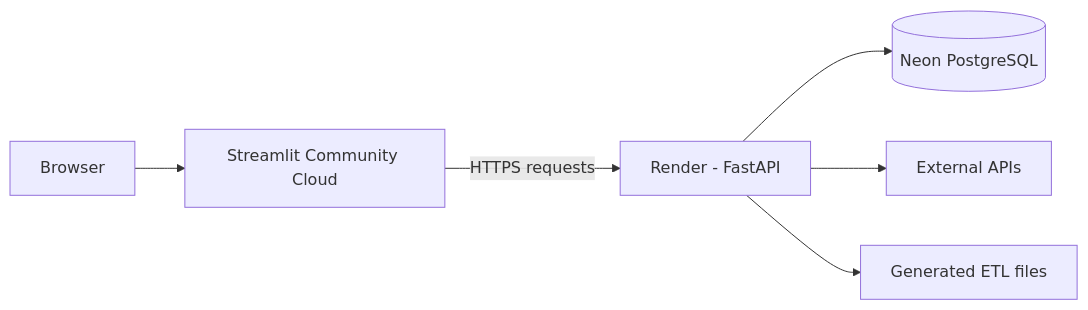
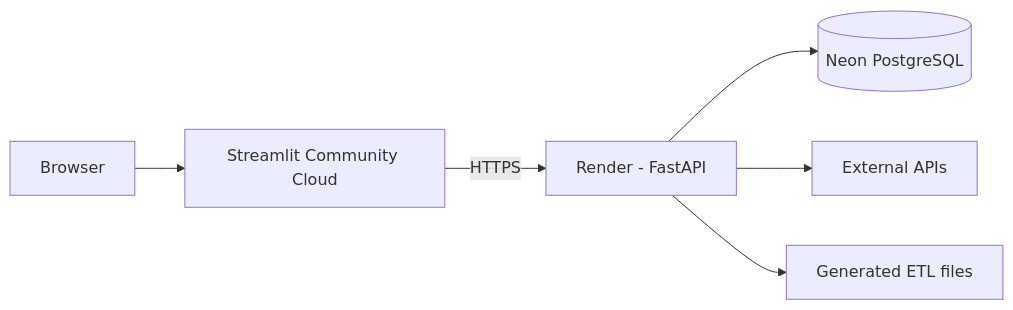
One commit to singhmishal2004-netizen/DATASAGE-Multi-Agent-Orchestration-for-SQL-Analytics-and-ETL-Automation. changed the second of 2 diagrams in README.md. Above: the diagram before and after it, drawn with Mermaid. The commit also changed other lines of this file, not shown here.

````diff
--- a/README.md
+++ b/README.md
@@ -80,8 +367,8 @@
 ```mermaid
 flowchart LR
     B[Browser] --> S[Streamlit Community Cloud]
-    S -->|HTTPS requests| R[Render - FastAPI]
+    S -->|HTTPS| R[Render - FastAPI]
     R --> N[(Neon PostgreSQL)]
     R --> X[External APIs]
     R --> F[Generated ETL files]
 ```
````
